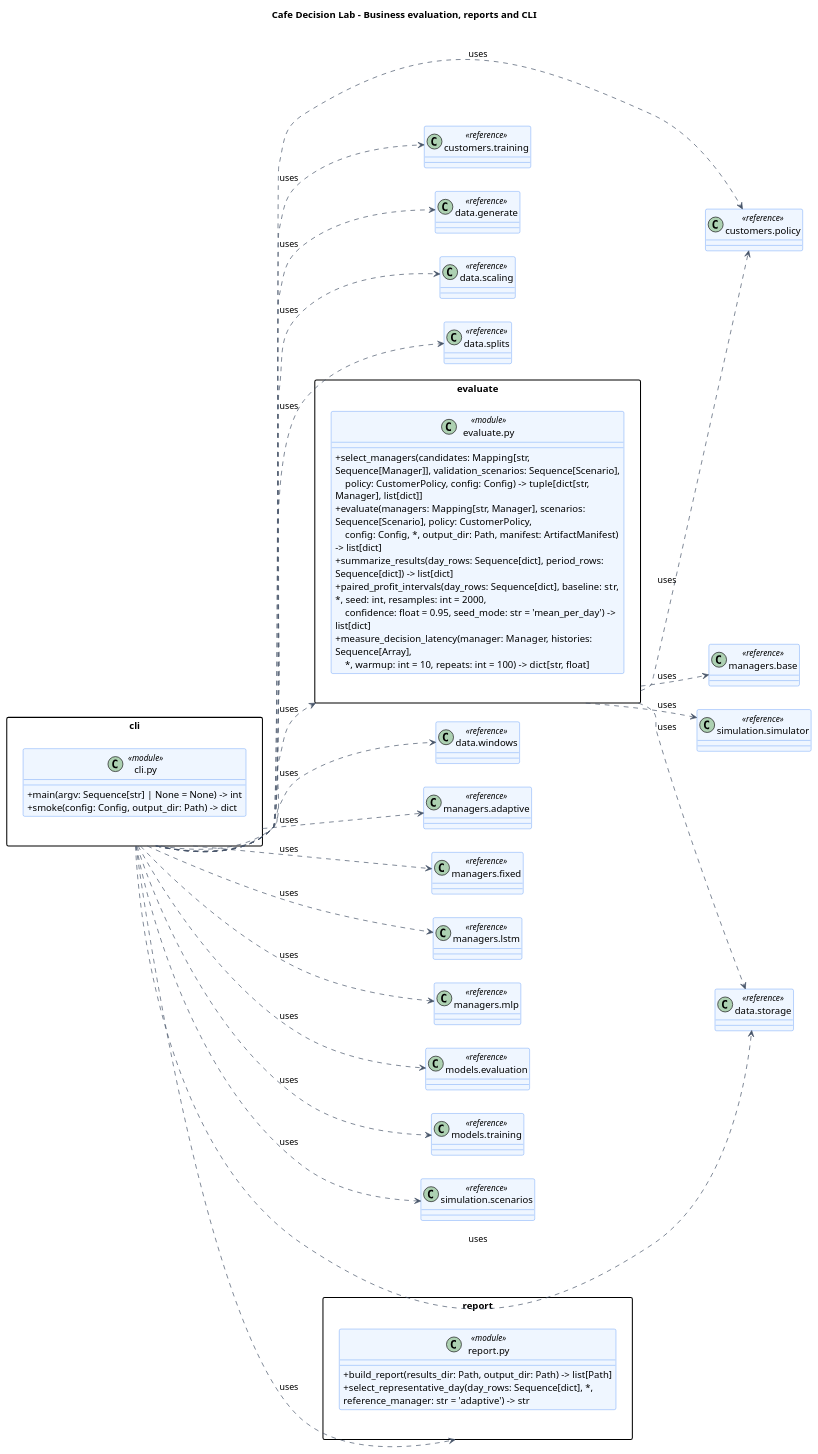
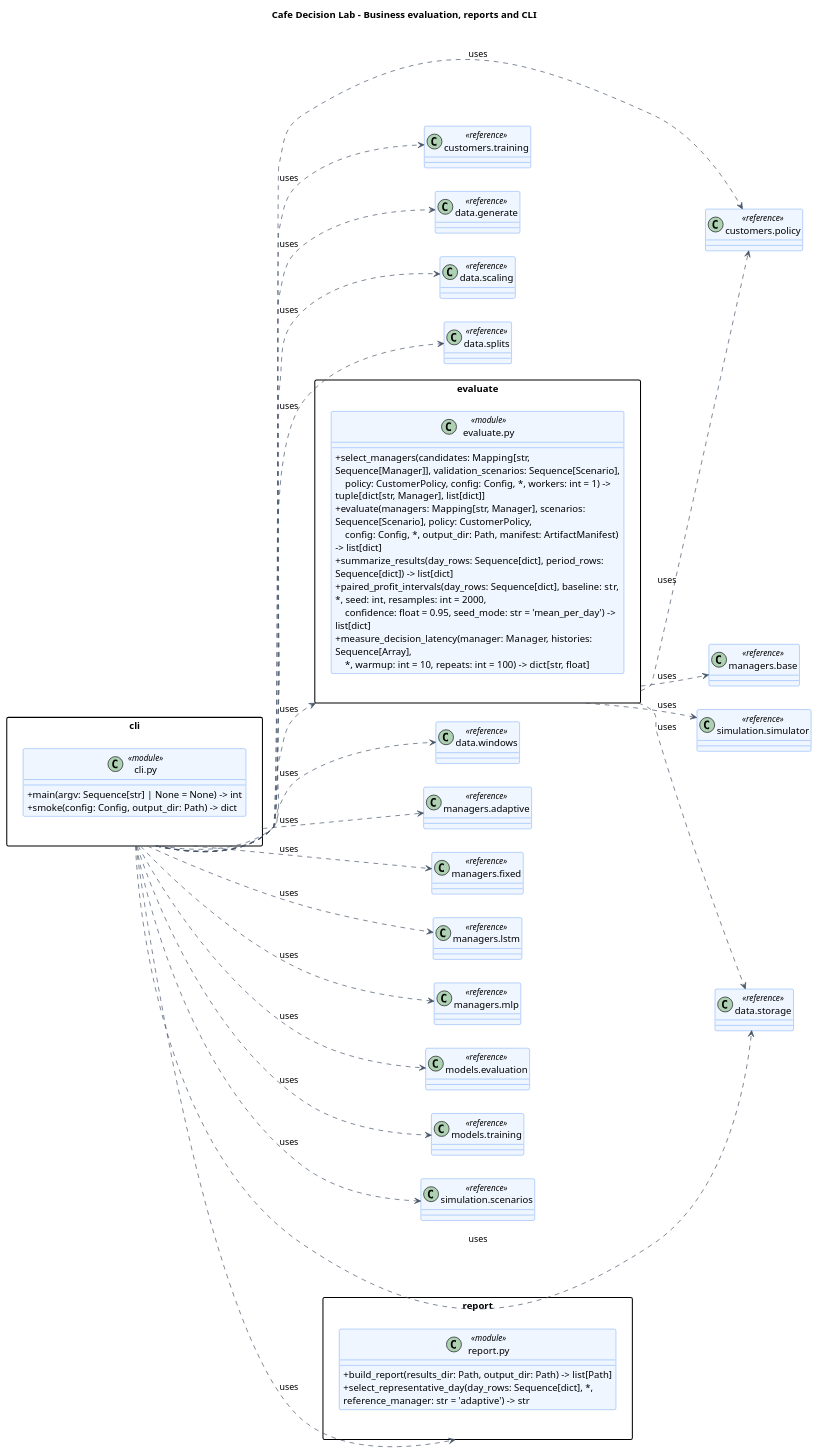
Before and after one commit to enzo-dosanjos/cafe-decision-lab: the diagram in docs/architecture/diagrams/src/orchestration_api.puml, drawn with PlantUML. The commit also changed 30 other files, not shown here.

```diff
--- a/docs/architecture/diagrams/src/orchestration_api.puml
+++ b/docs/architecture/diagrams/src/orchestration_api.puml
@@ -1,70 +1,70 @@
 @startuml orchestration_api
 title Cafe Decision Lab - Business evaluation, reports and CLI
 left to right direction
 skinparam shadowing false
 skinparam defaultFontName SansSerif
 skinparam classAttributeIconSize 0
 skinparam packageStyle rectangle
 skinparam classBackgroundColor #EFF6FF
 skinparam classBorderColor #3B82F6
 skinparam ArrowColor #475569
 skinparam wrapWidth 420
 
 package "evaluate" as pkg_evaluate {
 class "evaluate.py" as evaluate_functions <<module>> {
-  + select_managers(candidates: Mapping[str, Sequence[Manager]], validation_scenarios: Sequence[Scenario],\n    policy: CustomerPolicy, config: Config) -> tuple[dict[str, Manager], list[dict]]
+  + select_managers(candidates: Mapping[str, Sequence[Manager]], validation_scenarios: Sequence[Scenario],\n    policy: CustomerPolicy, config: Config, *, workers: int = 1) -> tuple[dict[str, Manager], list[dict]]
   + evaluate(managers: Mapping[str, Manager], scenarios: Sequence[Scenario], policy: CustomerPolicy,\n    config: Config, *, output_dir: Path, manifest: ArtifactManifest) -> list[dict]
   + summarize_results(day_rows: Sequence[dict], period_rows: Sequence[dict]) -> list[dict]
   + paired_profit_intervals(day_rows: Sequence[dict], baseline: str, *, seed: int, resamples: int = 2000,\n    confidence: float = 0.95, seed_mode: str = 'mean_per_day') -> list[dict]
   + measure_decision_latency(manager: Manager, histories: Sequence[Array],\n    *, warmup: int = 10, repeats: int = 100) -> dict[str, float]
 }
 }
 package "report" as pkg_report {
 class "report.py" as report_functions <<module>> {
   + build_report(results_dir: Path, output_dir: Path) -> list[Path]
   + select_representative_day(day_rows: Sequence[dict], *, reference_manager: str = 'adaptive') -> str
 }
 }
 package "cli" as pkg_cli {
 class "cli.py" as cli_functions <<module>> {
   + main(argv: Sequence[str] | None = None) -> int
   + smoke(config: Config, output_dir: Path) -> dict
 }
 }
 class "customers.policy" as ref_customers_policy <<reference>>
 class "customers.training" as ref_customers_training <<reference>>
 class "data.generate" as ref_data_generate <<reference>>
 class "data.scaling" as ref_data_scaling <<reference>>
 class "data.splits" as ref_data_splits <<reference>>
 class "data.storage" as ref_data_storage <<reference>>
 class "data.windows" as ref_data_windows <<reference>>
 class "managers.adaptive" as ref_managers_adaptive <<reference>>
 class "managers.base" as ref_managers_base <<reference>>
 class "managers.fixed" as ref_managers_fixed <<reference>>
 class "managers.lstm" as ref_managers_lstm <<reference>>
 class "managers.mlp" as ref_managers_mlp <<reference>>
 class "models.evaluation" as ref_models_evaluation <<reference>>
 class "models.training" as ref_models_training <<reference>>
 class "simulation.scenarios" as ref_simulation_scenarios <<reference>>
 class "simulation.simulator" as ref_simulation_simulator <<reference>>
 pkg_evaluate ..> ref_simulation_simulator : uses
 pkg_evaluate ..> ref_customers_policy : uses
 pkg_evaluate ..> ref_managers_base : uses
 pkg_evaluate ..> ref_data_storage : uses
 pkg_cli ..> ref_simulation_scenarios : uses
 pkg_cli ..> ref_customers_policy : uses
 pkg_cli ..> ref_customers_training : uses
 pkg_cli ..> ref_managers_fixed : uses
 pkg_cli ..> ref_managers_adaptive : uses
 pkg_cli ..> ref_managers_mlp : uses
 pkg_cli ..> ref_managers_lstm : uses
 pkg_cli ..> ref_data_generate : uses
 pkg_cli ..> ref_data_splits : uses
 pkg_cli ..> ref_data_windows : uses
 pkg_cli ..> ref_data_scaling : uses
 pkg_cli ..> ref_data_storage : uses
 pkg_cli ..> ref_models_training : uses
 pkg_cli ..> ref_models_evaluation : uses
 pkg_cli ..> pkg_evaluate : uses
 pkg_cli ..> pkg_report : uses
 @enduml
```
